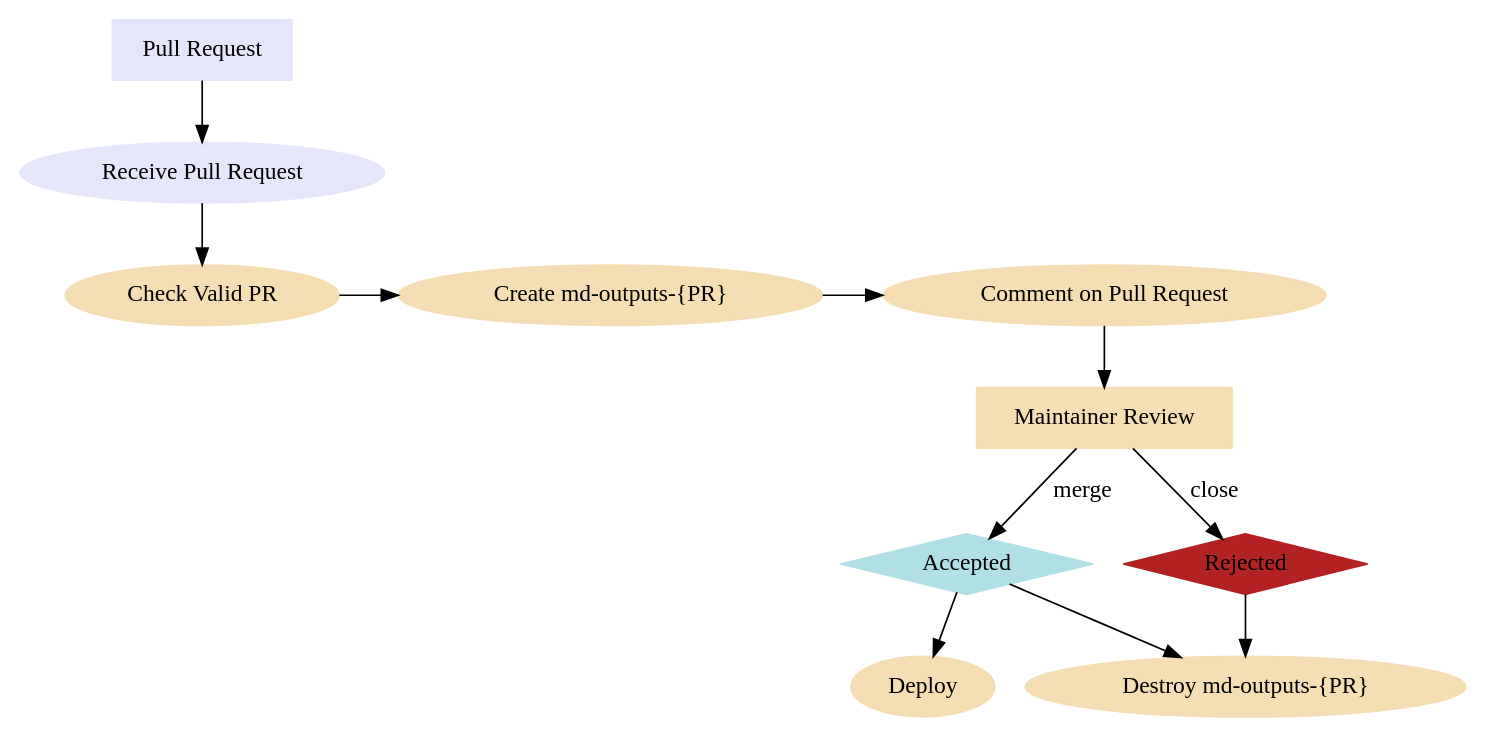
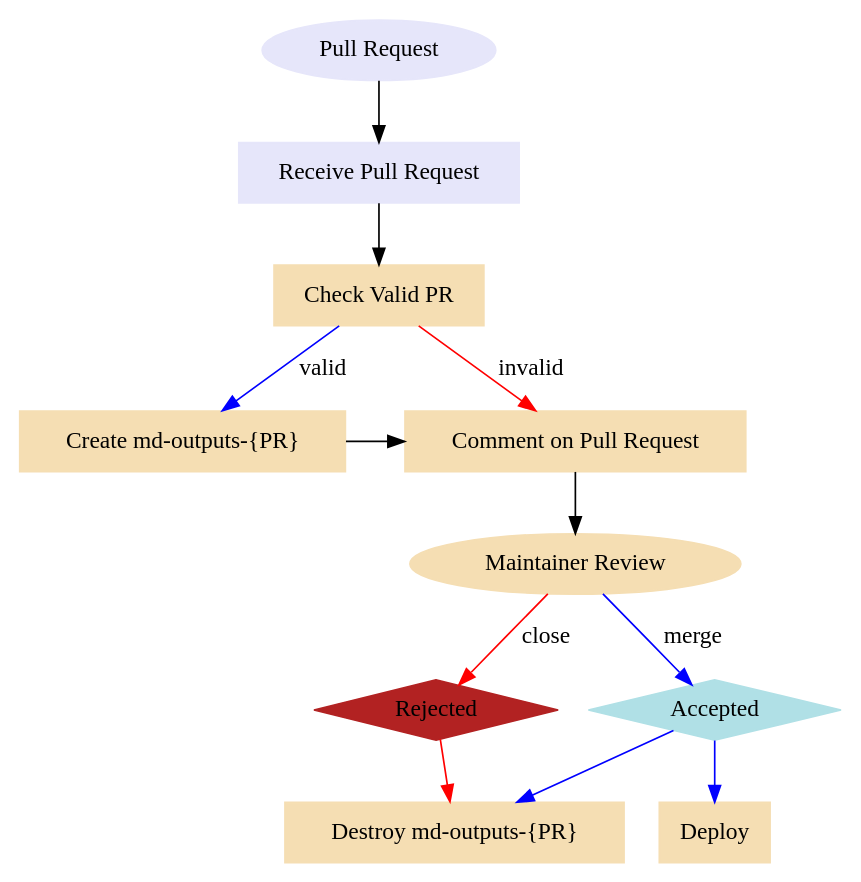
The diagram in img/pr-flow.dot (zkamvar/stunning-barnacle), drawn with Graphviz before and after one commit. The commit also changed 2 other files, not shown here.

```diff
--- a/img/pr-flow.dot
+++ b/img/pr-flow.dot
@@ -1,28 +1,29 @@
 digraph "Pull Request Workflow" {
-    node [style="filled" color="lavender", shape="ellipse"]
-    pr [label="Pull Request", shape="box"]
+    node [style="filled" color="lavender", shape="rectangle"]
+    pr [label="Pull Request", shape="ellipse"]
     receive [label="Receive Pull Request"]
     node [color="wheat"]
     validate [label="Check Valid PR"]
     branch [label="Create md-outputs-{PR}"]
     comment [label="Comment on Pull Request"]
     deploy [label="Deploy"]
     destroy [label="Destroy md-outputs-{PR}"]
-    review [label="Maintainer Review", shape="box"]
+    review [label="Maintainer Review", shape="ellipse"]
+    reject [label="Rejected", shape="diamond", color="firebrick"]
     accept [label="Accepted", shape="diamond", color="powderblue"]
-    reject [label="Rejected", shape="diamond", color="firebrick"]
     
-    {rank=same; validate, branch, comment}
+    {rank=same; branch, comment}
     {rank=same; accept, reject}
     
     pr -> receive
     receive -> validate
-    validate -> branch
+    validate -> branch [color="blue", label="valid"]
+    validate -> comment [color="red", label="invalid"]
     branch -> comment
     comment -> review
-    review -> accept [label="merge"]
-    review -> reject [label="close"]
-    accept -> deploy
-    accept -> destroy
-    reject -> destroy
+    review -> reject [label="close", color="red"]
+    review -> accept [label="merge", color="blue"]
+    accept -> deploy [color="blue"]
+    accept -> destroy [color="blue"]
+    reject -> destroy [color="red"]
 }
```
